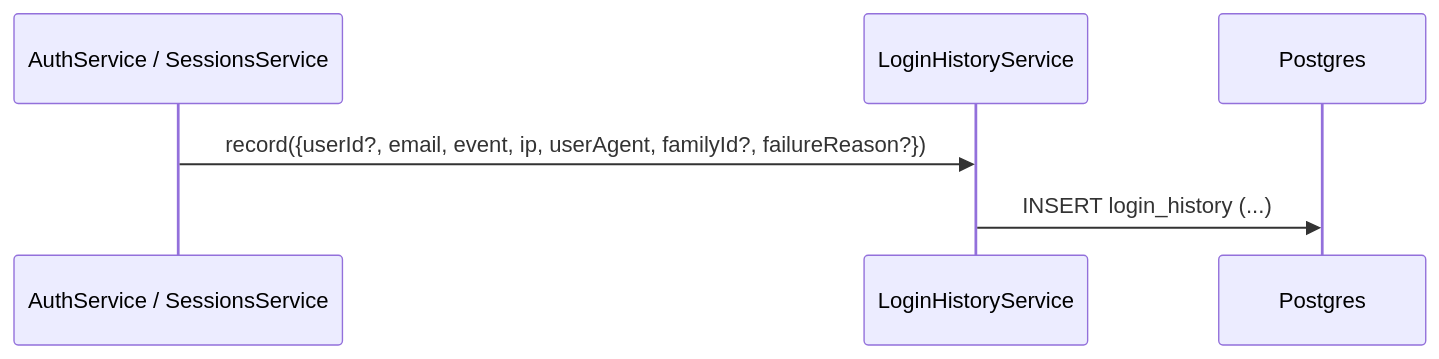
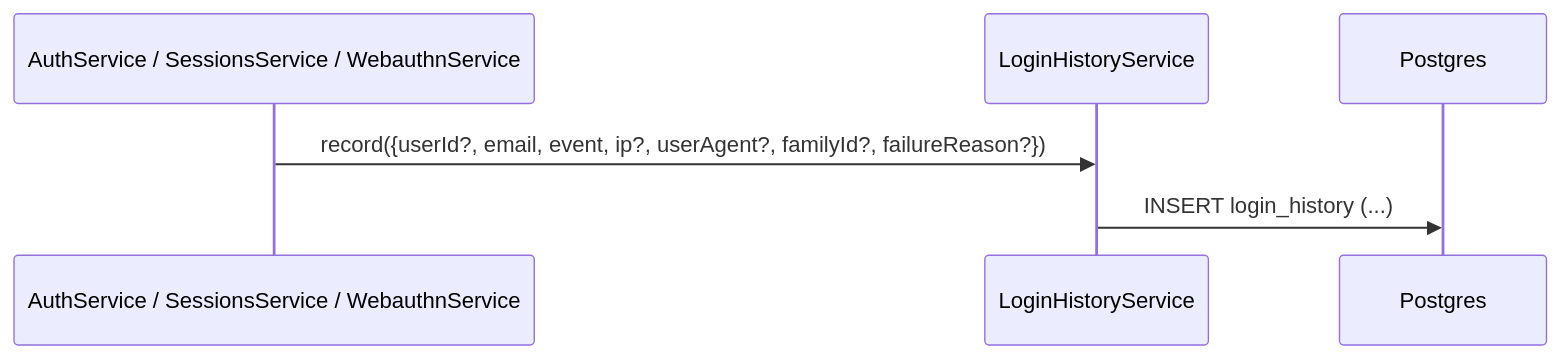
The second of 2 diagrams in spec/data-flow/1-audit.md (worker-ants/clemvion), drawn with Mermaid before and after one commit. The commit also changed other lines of this file and 89 other files, not shown here.

First line of the commit message:
docs(spec): spec↔code 전수 상호 감사 — 역방향 커버리지 + drift 동기화 + data-flow 재구성 (위반 19건 보고) (#516)

````diff
--- a/spec/data-flow/1-audit.md
+++ b/spec/data-flow/1-audit.md
@@ -41,8 +69,8 @@
 ```mermaid
 sequenceDiagram
-  participant Auth as AuthService / SessionsService
+  participant Auth as AuthService / SessionsService / WebauthnService
   participant LHS as LoginHistoryService
   participant PG as Postgres
-  Auth->>LHS: record({userId?, email, event, ip, userAgent, familyId?, failureReason?})
+  Auth->>LHS: record({userId?, email, event, ip?, userAgent?, familyId?, failureReason?})
   LHS->>PG: INSERT login_history (...)
 ```
````
